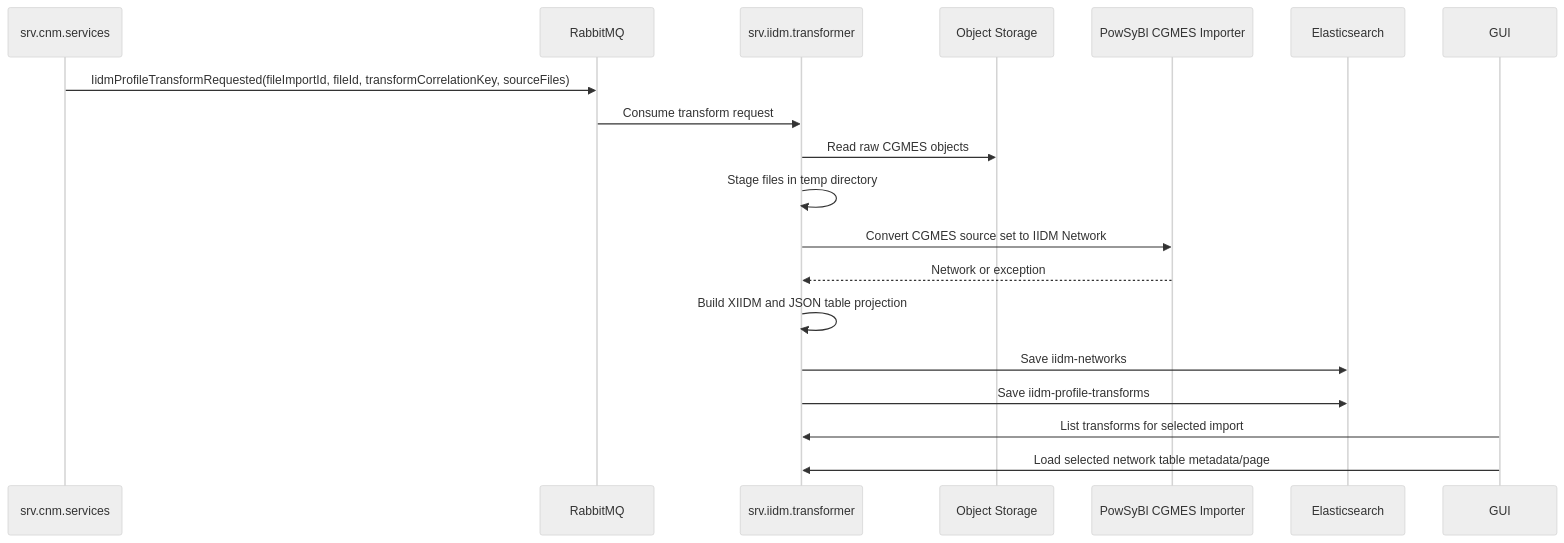
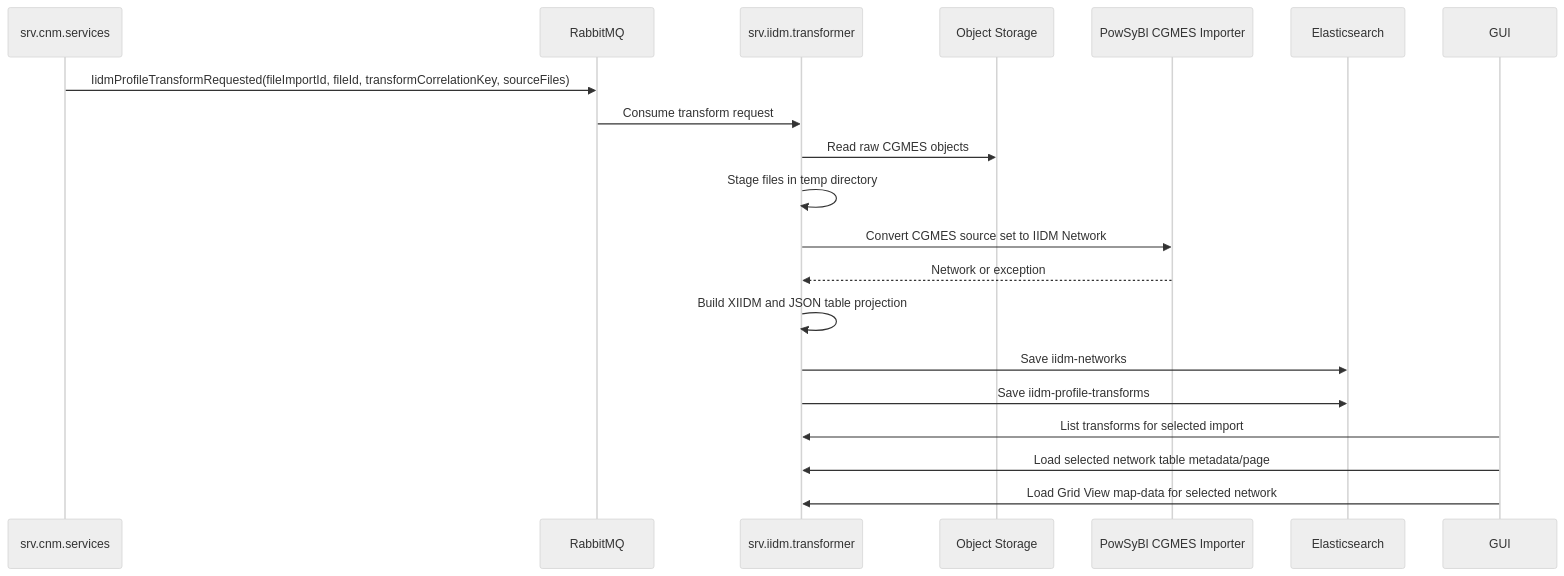
The diagram in doc.arch/IIDM_TRANSFORMATION_DESIGN.md (gsrinike/egm-suite), drawn with Mermaid (neutral theme) before and after one commit. The commit also changed other lines of this file and 11 other files, not shown here.

Commit message:
Add interactive Grid View map

````diff
--- a/doc.arch/IIDM_TRANSFORMATION_DESIGN.md
+++ b/doc.arch/IIDM_TRANSFORMATION_DESIGN.md
@@ -84,22 +92,23 @@
 ```mermaid
 sequenceDiagram
   participant CNM as srv.cnm.services
   participant MQ as RabbitMQ
   participant IIDM as srv.iidm.transformer
   participant MinIO as Object Storage
   participant PowSyBl as PowSyBl CGMES Importer
   participant ES as Elasticsearch
   participant GUI as GUI
 
   CNM->>MQ: IidmProfileTransformRequested(fileImportId, fileId, transformCorrelationKey, sourceFiles)
   MQ->>IIDM: Consume transform request
   IIDM->>MinIO: Read raw CGMES objects
   IIDM->>IIDM: Stage files in temp directory
   IIDM->>PowSyBl: Convert CGMES source set to IIDM Network
   PowSyBl-->>IIDM: Network or exception
   IIDM->>IIDM: Build XIIDM and JSON table projection
   IIDM->>ES: Save iidm-networks
   IIDM->>ES: Save iidm-profile-transforms
   GUI->>IIDM: List transforms for selected import
   GUI->>IIDM: Load selected network table metadata/page
+  GUI->>IIDM: Load Grid View map-data for selected network
 ```
````
